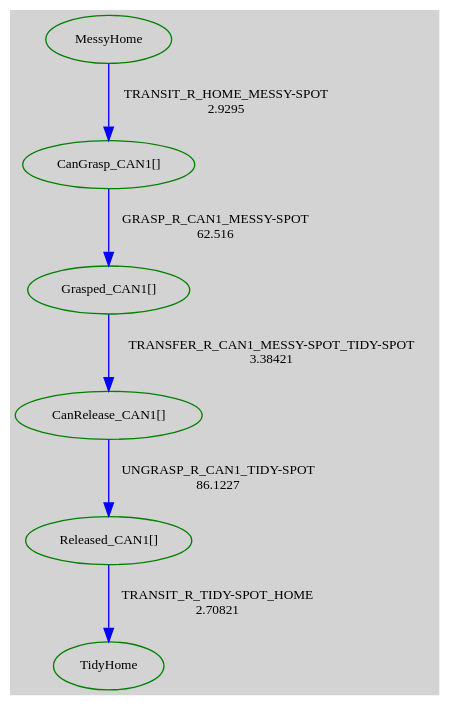
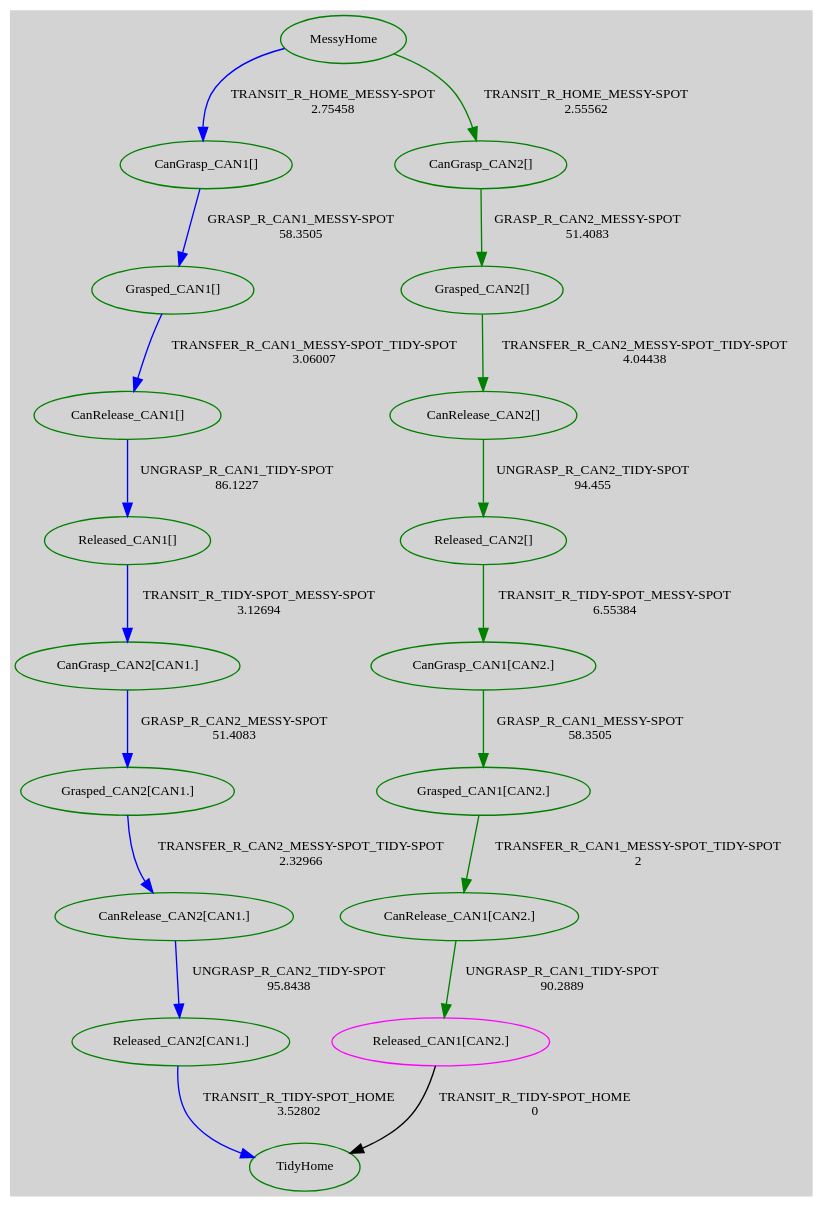
The diagram in planner_manager/tmg/tmg.dot (tttor/hiroken-ros-pkg), drawn with Graphviz before and after one commit. The commit also changed 15 other files, not shown here.

```diff
--- a/planner_manager/tmg/tmg.dot
+++ b/planner_manager/tmg/tmg.dot
@@ -1,14 +1,39 @@
 digraph G {
 graph [bgcolor=lightgrey]
 0[label="MessyHome",fontsize="10",color="green"];
 1[label="TidyHome",fontsize="10",color="green"];
 2[label="CanGrasp_CAN1[]",fontsize="10",color="green"];
 3[label="Grasped_CAN1[]",fontsize="10",color="green"];
 4[label="CanRelease_CAN1[]",fontsize="10",color="green"];
 5[label="Released_CAN1[]",fontsize="10",color="green"];
-0->2 [label="TRANSIT_R_HOME_MESSY-SPOT\n2.9295",fontsize="10",color="blue"];
-2->3 [label="GRASP_R_CAN1_MESSY-SPOT\n62.516",fontsize="10",color="blue"];
-3->4 [label="TRANSFER_R_CAN1_MESSY-SPOT_TIDY-SPOT\n3.38421",fontsize="10",color="blue"];
+6[label="CanGrasp_CAN2[CAN1.]",fontsize="10",color="green"];
+7[label="Grasped_CAN2[CAN1.]",fontsize="10",color="green"];
+8[label="CanRelease_CAN2[CAN1.]",fontsize="10",color="green"];
+9[label="Released_CAN2[CAN1.]",fontsize="10",color="green"];
+10[label="CanGrasp_CAN2[]",fontsize="10",color="green"];
+11[label="Grasped_CAN2[]",fontsize="10",color="green"];
+12[label="CanRelease_CAN2[]",fontsize="10",color="green"];
+13[label="Released_CAN2[]",fontsize="10",color="green"];
+14[label="CanGrasp_CAN1[CAN2.]",fontsize="10",color="green"];
+15[label="Grasped_CAN1[CAN2.]",fontsize="10",color="green"];
+16[label="CanRelease_CAN1[CAN2.]",fontsize="10",color="green"];
+17[label="Released_CAN1[CAN2.]",fontsize="10",color="magenta"];
+0->2 [label="TRANSIT_R_HOME_MESSY-SPOT\n2.75458",fontsize="10",color="blue"];
+2->3 [label="GRASP_R_CAN1_MESSY-SPOT\n58.3505",fontsize="10",color="blue"];
+3->4 [label="TRANSFER_R_CAN1_MESSY-SPOT_TIDY-SPOT\n3.06007",fontsize="10",color="blue"];
 4->5 [label="UNGRASP_R_CAN1_TIDY-SPOT\n86.1227",fontsize="10",color="blue"];
-5->1 [label="TRANSIT_R_TIDY-SPOT_HOME\n2.70821",fontsize="10",color="blue"];
+5->6 [label="TRANSIT_R_TIDY-SPOT_MESSY-SPOT\n3.12694",fontsize="10",color="blue"];
+6->7 [label="GRASP_R_CAN2_MESSY-SPOT\n51.4083",fontsize="10",color="blue"];
+7->8 [label="TRANSFER_R_CAN2_MESSY-SPOT_TIDY-SPOT\n2.32966",fontsize="10",color="blue"];
+8->9 [label="UNGRASP_R_CAN2_TIDY-SPOT\n95.8438",fontsize="10",color="blue"];
+9->1 [label="TRANSIT_R_TIDY-SPOT_HOME\n3.52802",fontsize="10",color="blue"];
+0->10 [label="TRANSIT_R_HOME_MESSY-SPOT\n2.55562",fontsize="10",color="green"];
+10->11 [label="GRASP_R_CAN2_MESSY-SPOT\n51.4083",fontsize="10",color="green"];
+11->12 [label="TRANSFER_R_CAN2_MESSY-SPOT_TIDY-SPOT\n4.04438",fontsize="10",color="green"];
+12->13 [label="UNGRASP_R_CAN2_TIDY-SPOT\n94.455",fontsize="10",color="green"];
+13->14 [label="TRANSIT_R_TIDY-SPOT_MESSY-SPOT\n6.55384",fontsize="10",color="green"];
+14->15 [label="GRASP_R_CAN1_MESSY-SPOT\n58.3505",fontsize="10",color="green"];
+15->16 [label="TRANSFER_R_CAN1_MESSY-SPOT_TIDY-SPOT\n2",fontsize="10",color="green"];
+16->17 [label="UNGRASP_R_CAN1_TIDY-SPOT\n90.2889",fontsize="10",color="green"];
+17->1 [label="TRANSIT_R_TIDY-SPOT_HOME\n0",fontsize="10"];
 }
```
